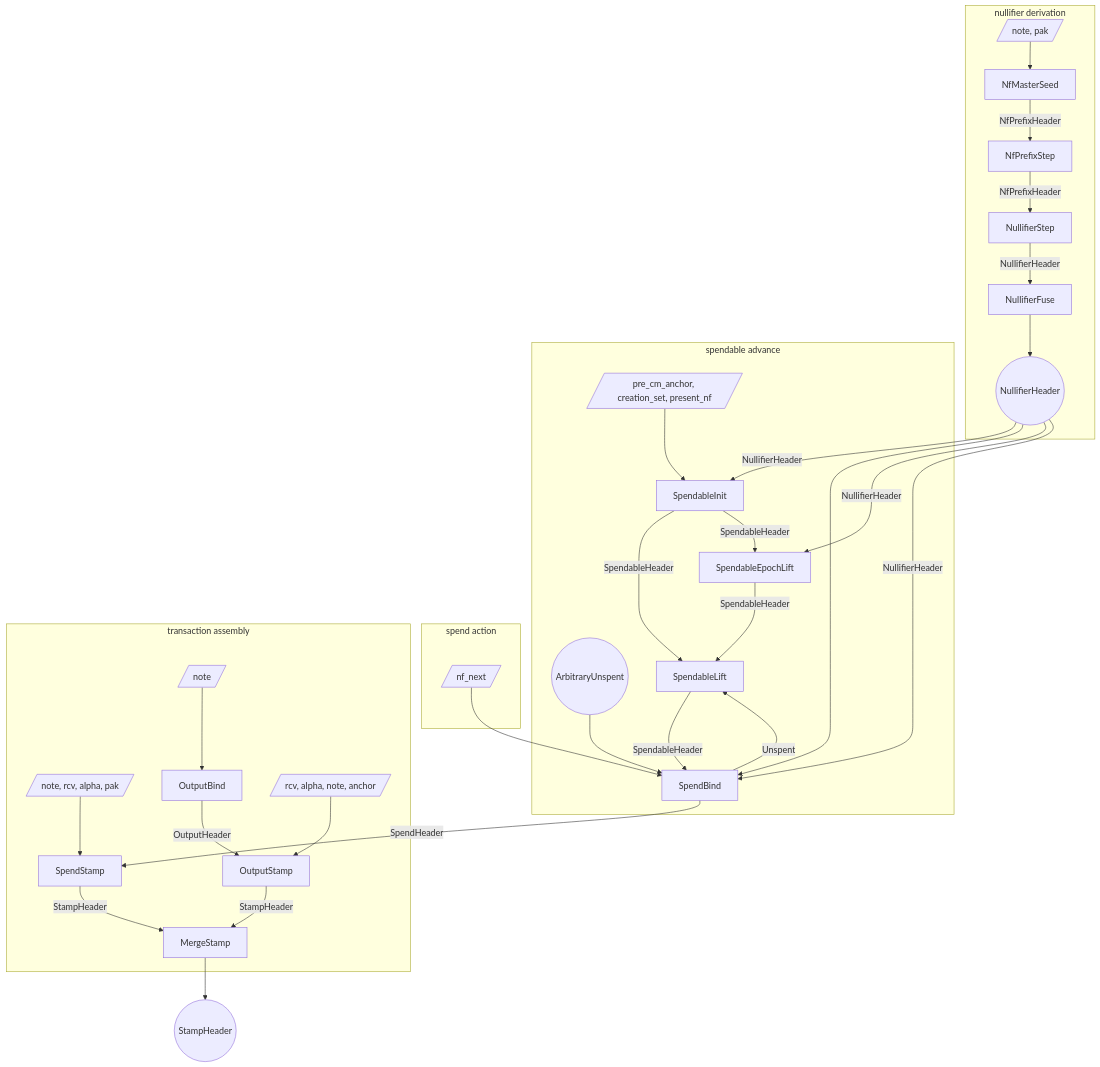
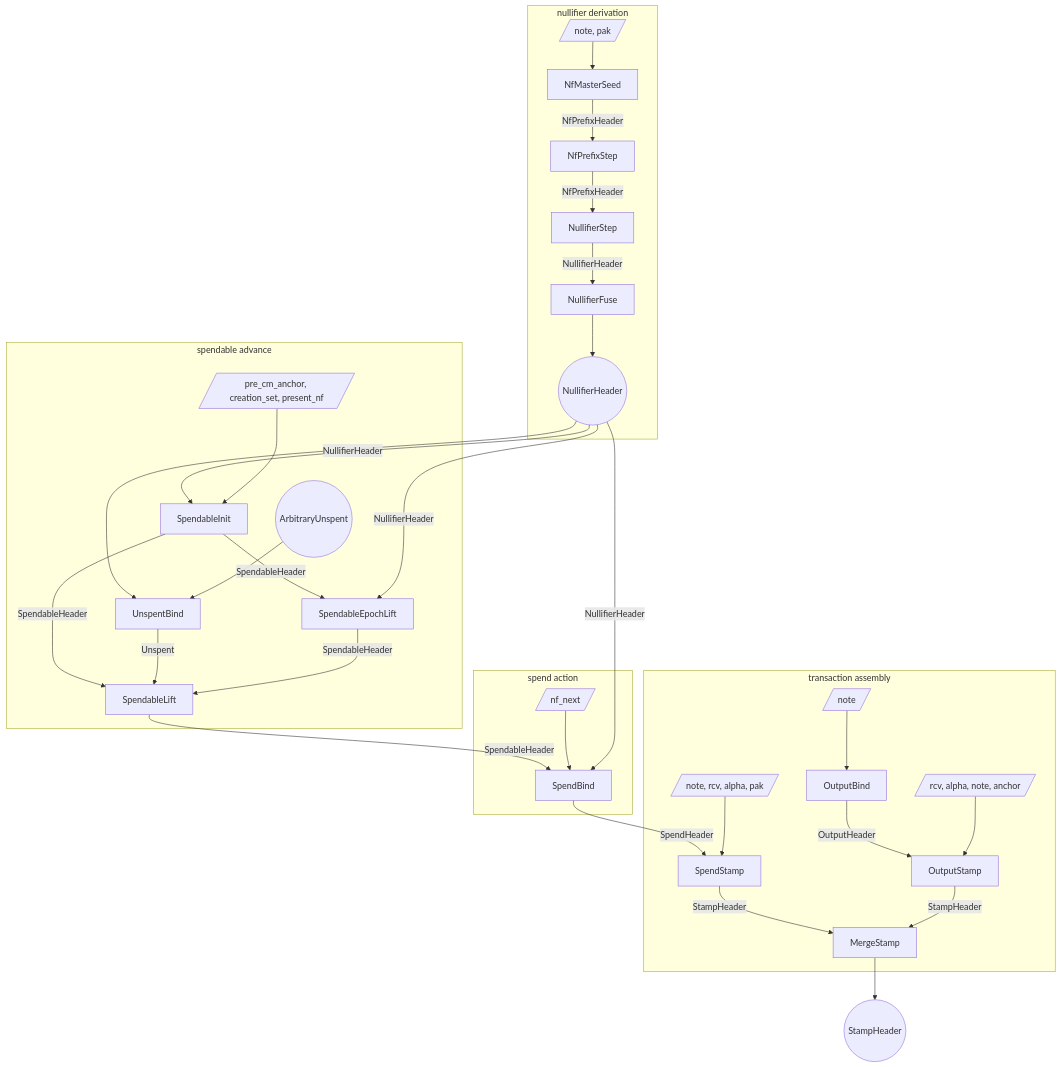
The first of 3 diagrams in book/src/proof-tree.md (tachyon-zcash/tachyon), drawn with Mermaid before and after one commit. The commit also changed other lines of this file and 2 other files, not shown here.

````diff
--- a/book/src/proof-tree.md
+++ b/book/src/proof-tree.md
@@ -235,66 +235,66 @@
 ```mermaid
 flowchart TB
   subgraph derive [nullifier derivation]
     w_seed[/note, pak/]
     s_seed[NfMasterSeed]
     s_walk[NfPrefixStep]
     s_leaf[NullifierStep]
     s_dfuse[NullifierFuse]
     nf_range((NullifierHeader))
   end
 
   subgraph spendable [spendable advance]
     w_init[/pre_cm_anchor, creation_set, present_nf/]
     s_init[SpendableInit]
     unspent_in((ArbitraryUnspent))
-    s_bind[UnspentBind]
+    s_unspentbind[UnspentBind]
     s_lift[SpendableLift]
     s_epochlift[SpendableEpochLift]
   end
 
   subgraph spend_action [spend action]
     w_bind[/nf_next/]
     s_bind[SpendBind]
   end
 
   subgraph merge [transaction assembly]
     w_stamp[/note, rcv, alpha, pak/]
     s_spendstamp[SpendStamp]
     w_outbind[/note/]
     s_outbind[OutputBind]
     w_output[/rcv, alpha, note, anchor/]
     s_output[OutputStamp]
     s_merge[MergeStamp]
   end
 
   stamp_out((StampHeader))
 
   w_seed --> s_seed
   s_seed -->|NfPrefixHeader| s_walk
   s_walk -->|NfPrefixHeader| s_leaf
   s_leaf -->|NullifierHeader| s_dfuse
   s_dfuse --> nf_range
 
   nf_range -->|NullifierHeader| s_init
   w_init --> s_init
-  nf_range --> s_bind
-  unspent_in --> s_bind
+  nf_range --> s_unspentbind
+  unspent_in --> s_unspentbind
   s_init -->|SpendableHeader| s_lift
-  s_bind -->|Unspent| s_lift
+  s_unspentbind -->|Unspent| s_lift
   s_init -->|SpendableHeader| s_epochlift
   nf_range -->|NullifierHeader| s_epochlift
   s_epochlift -->|SpendableHeader| s_lift
   s_lift -->|SpendableHeader| s_bind
 
   w_bind --> s_bind
   nf_range -->|NullifierHeader| s_bind
   s_bind -->|SpendHeader| s_spendstamp
   w_stamp --> s_spendstamp
 
   w_outbind --> s_outbind
   s_outbind -->|OutputHeader| s_output
   w_output --> s_output
   s_spendstamp -->|StampHeader| s_merge
   s_output -->|StampHeader| s_merge
   s_merge --> stamp_out
 ```
````
